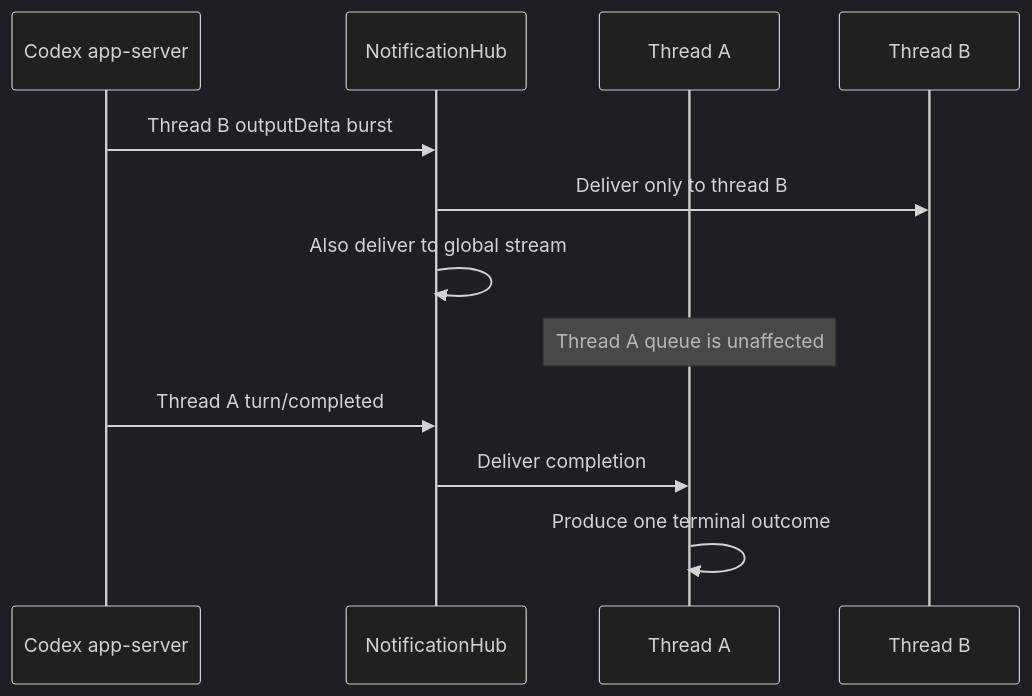
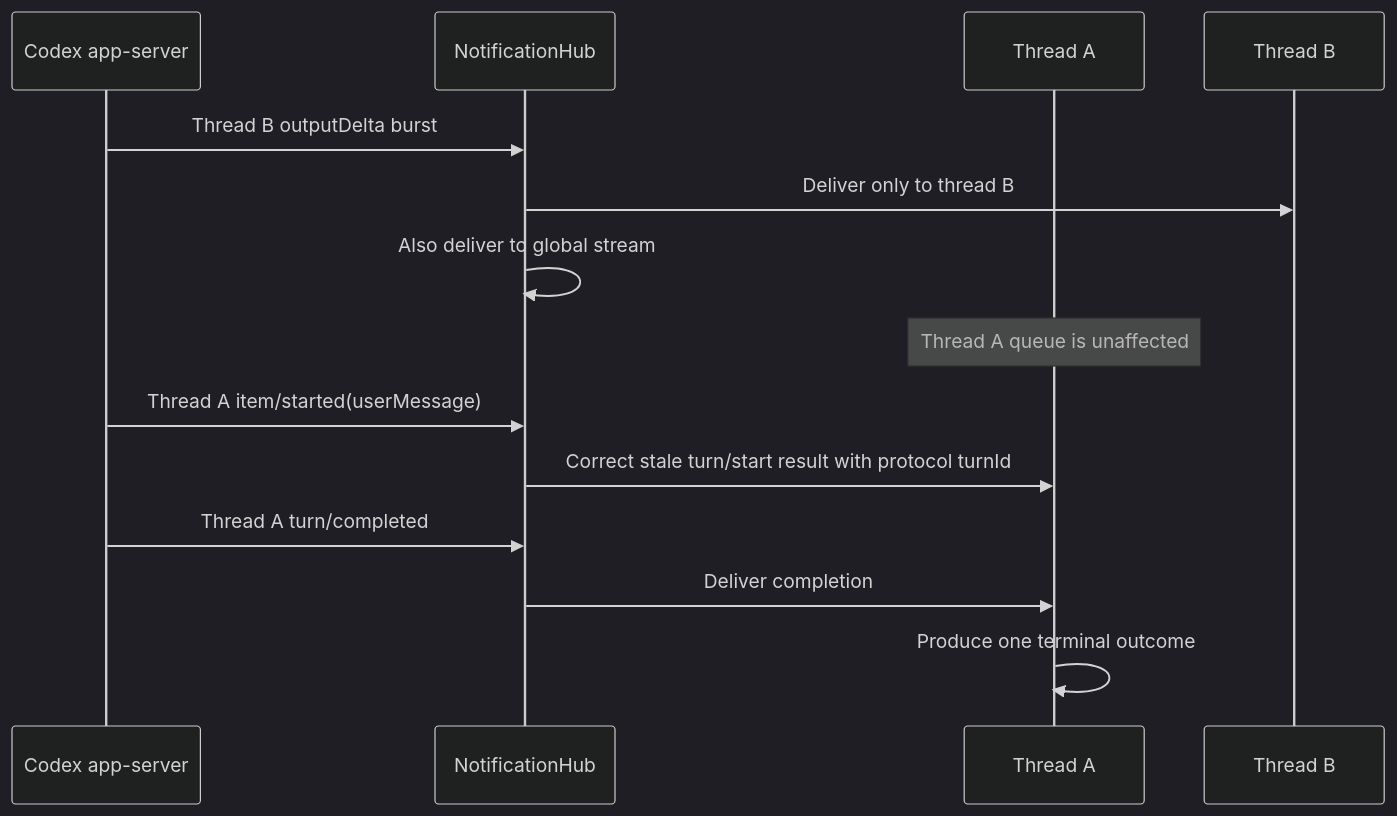
One commit to wecode-ai/wegent-docs changed the second of 2 diagrams in docs/architecture/codex-notification-routing.md. Above: the diagram before and after it, drawn with Mermaid (dark theme). The commit also changed other lines of this file and 9 other files, not shown here.

````diff
--- a/docs/architecture/codex-notification-routing.md
+++ b/docs/architecture/codex-notification-routing.md
@@ -26,14 +28,16 @@
 ```mermaid
 sequenceDiagram
     participant C as Codex app-server
     participant H as NotificationHub
     participant A as Thread A
     participant B as Thread B
     C->>H: Thread B outputDelta burst
     H->>B: Deliver only to thread B
     H->>H: Also deliver to global stream
     Note over A: Thread A queue is unaffected
+    C->>H: Thread A item/started(userMessage)
+    H->>A: Correct stale turn/start result with protocol turnId
     C->>H: Thread A turn/completed
     H->>A: Deliver completion
     A->>A: Produce one terminal outcome
 ```
````
